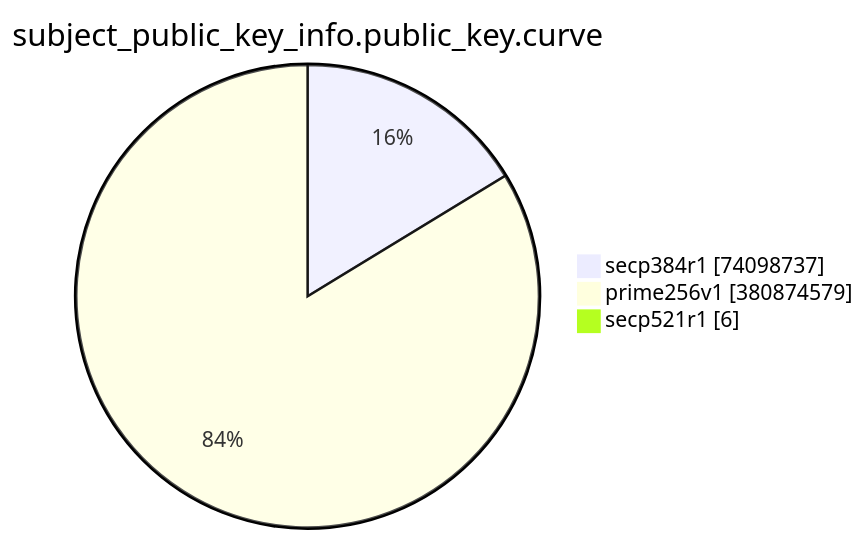
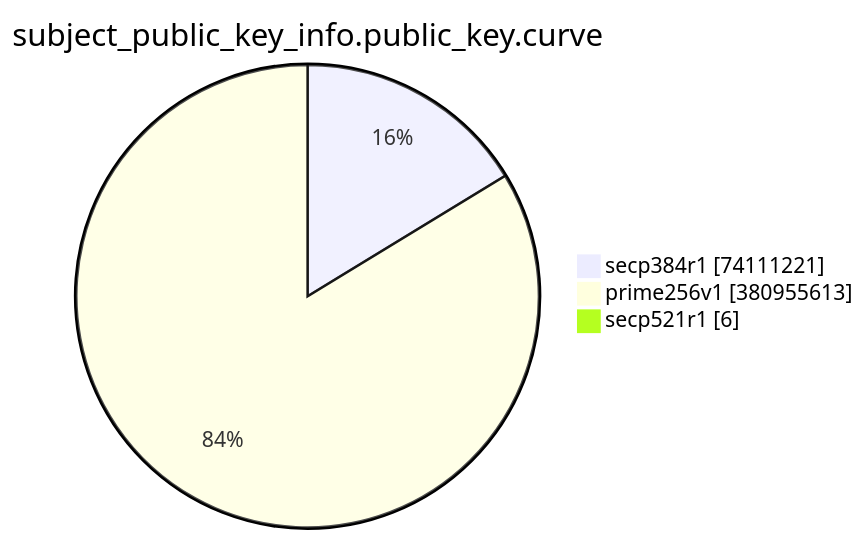
Before and after one commit to christiankrug/ctmonitor_visualization: the eighth of 15 diagrams in TOTAL/README.md, drawn with Mermaid. The commit also changed other lines of this file, not shown here.

````diff
--- a/TOTAL/README.md
+++ b/TOTAL/README.md
@@ -3094,7 +3094,7 @@
 ```mermaid
 pie showData
 title subject_public_key_info.public_key.curve
-"secp384r1" :74098737
-"prime256v1" :380874579
+"secp384r1" :74111221
+"prime256v1" :380955613
 "secp521r1" :6
 ```
````
